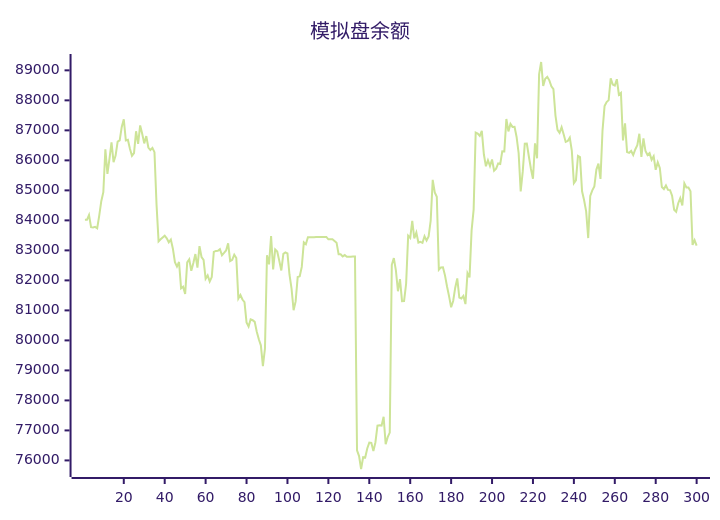
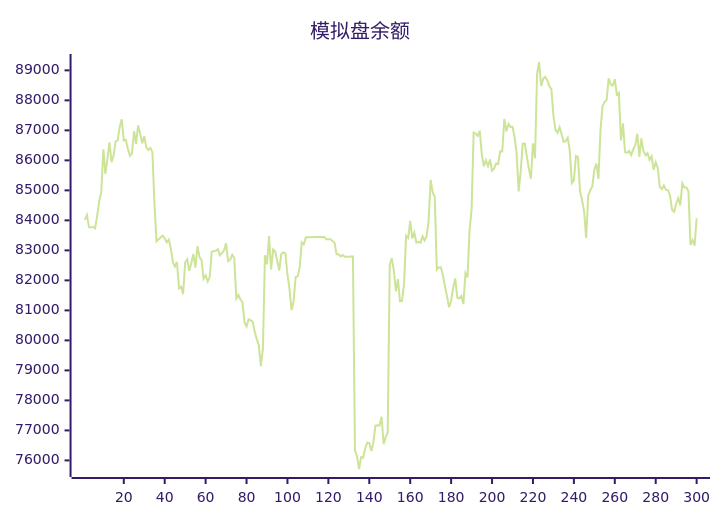
The diagram in README.md (aahl/ai-trading), drawn with Mermaid (forest theme) before and after one commit. The commit also changed other lines of this file and 1 other file, not shown here.

````diff
--- a/README.md
+++ b/README.md
@@ -5,5 +5,5 @@
 ```mermaid
 xychart
     title "模拟盘余额"
-    line [84017,84019,84177,83775,83762,83785,83738,84160,84639,84939,86370,85548,86046,86599,85942,86161,86622,86664,87115,87369,86666,86685,86384,86152,86243,86969,86548,87164,86885,86566,86809,86427,86348,86417,86273,84538,83299,83369,83430,83490,83404,83270,83362,83056,82605,82459,82614,81734,81788,81551,82598,82702,82320,82580,82878,82426,83139,82778,82686,82056,82166,81963,82110,82951,82983,82984,83038,82838,82915,82998,83235,82642,82682,82858,82746,81396,81512,81362,81277,80600,80461,80699,80673,80616,80288,80038,79836,79142,79722,82837,82533,83480,82366,83032,82960,82654,82330,82883,82934,82901,82188,81728,81005,81298,82110,82135,82449,83264,83203,83440,83439,83440,83440,83446,83447,83448,83447,83448,83449,83369,83369,83369,83313,83256,82872,82873,82801,82844,82785,82791,82791,82793,82794,76339,76145,75714,76110,76096,76397,76594,76585,76310,76607,77160,77170,77160,77456,76541,76774,76927,82520,82744,82337,81639,82040,81307,81314,81887,83490,83414,83984,83396,83594,83261,83287,83253,83470,83327,83465,83987,85348,84930,84786,82355,82433,82438,82167,81795,81466,81105,81315,81756,82064,81426,81398,81481,81210,82242,82099,83658,84359,86925,86892,86814,86980,86203,85802,86003,85811,86028,85657,85721,85896,85880,86300,86299,87378,86965,87214,87115,87118,86780,86238,84966,85623,86555,86562,86129,85722,85387,86569,86070,88870,89278,88477,88720,88781,88668,88467,88372,87493,87018,86917,87102,86870,86613,86644,86758,86317,85242,85334,86149,86106,84968,84671,84302,83410,84816,85001,85127,85693,85891,85384,87001,87811,87945,88007,88734,88528,88495,88705,88189,88248,86662,87234,86279,86251,86314,86177,86364,86503,86886,86114,86731,86310,86176,86240,86017,86136,85685,85938,85749,85111,85044,85164,85016,85008,84824,84354,84287,84572,84745,84500,85234,85096,85095,84970,83180,83338,83157]
+    line [84019,84177,83775,83762,83785,83738,84160,84639,84939,86370,85548,86046,86599,85942,86161,86622,86664,87115,87369,86666,86685,86384,86152,86243,86969,86548,87164,86885,86566,86809,86427,86348,86417,86273,84538,83299,83369,83430,83490,83404,83270,83362,83056,82605,82459,82614,81734,81788,81551,82598,82702,82320,82580,82878,82426,83139,82778,82686,82056,82166,81963,82110,82951,82983,82984,83038,82838,82915,82998,83235,82642,82682,82858,82746,81396,81512,81362,81277,80600,80461,80699,80673,80616,80288,80038,79836,79142,79722,82837,82533,83480,82366,83032,82960,82654,82330,82883,82934,82901,82188,81728,81005,81298,82110,82135,82449,83264,83203,83440,83439,83440,83440,83446,83447,83448,83447,83448,83449,83369,83369,83369,83313,83256,82872,82873,82801,82844,82785,82791,82791,82793,82794,76339,76145,75714,76110,76096,76397,76594,76585,76310,76607,77160,77170,77160,77456,76541,76774,76927,82520,82744,82337,81639,82040,81307,81314,81887,83490,83414,83984,83396,83594,83261,83287,83253,83470,83327,83465,83987,85348,84930,84786,82355,82433,82438,82167,81795,81466,81105,81315,81756,82064,81426,81398,81481,81210,82242,82099,83658,84359,86925,86892,86814,86980,86203,85802,86003,85811,86028,85657,85721,85896,85880,86300,86299,87378,86965,87214,87115,87118,86780,86238,84966,85623,86555,86562,86129,85722,85387,86569,86070,88870,89278,88477,88720,88781,88668,88467,88372,87493,87018,86917,87102,86870,86613,86644,86758,86317,85242,85334,86149,86106,84968,84671,84302,83410,84816,85001,85127,85693,85891,85384,87001,87811,87945,88007,88734,88528,88495,88705,88189,88248,86662,87234,86279,86251,86314,86177,86364,86503,86886,86114,86731,86310,86176,86240,86017,86136,85685,85938,85749,85111,85044,85164,85016,85008,84824,84354,84287,84572,84745,84500,85234,85096,85095,84970,83180,83338,83157,84070]
 ```
````
